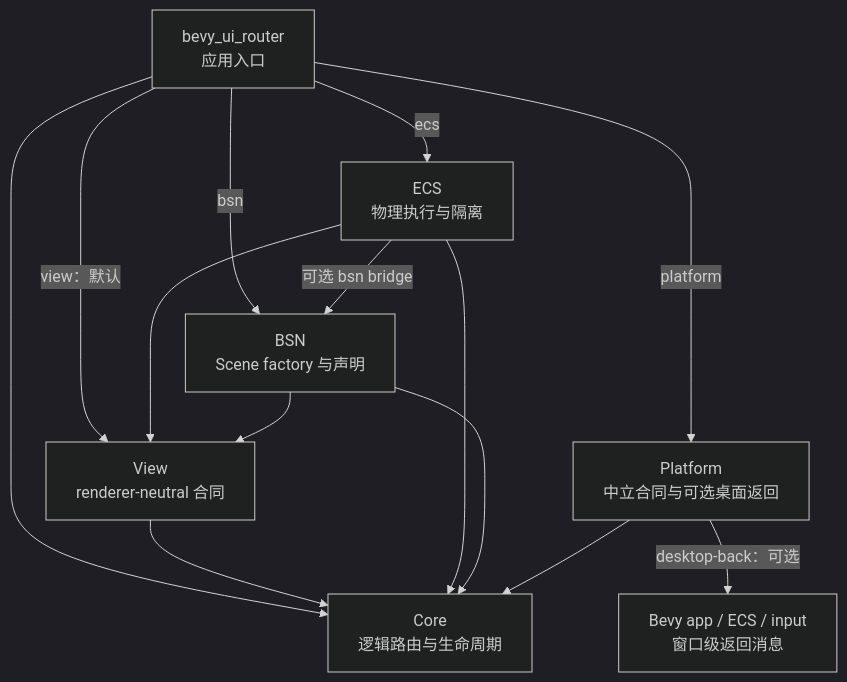
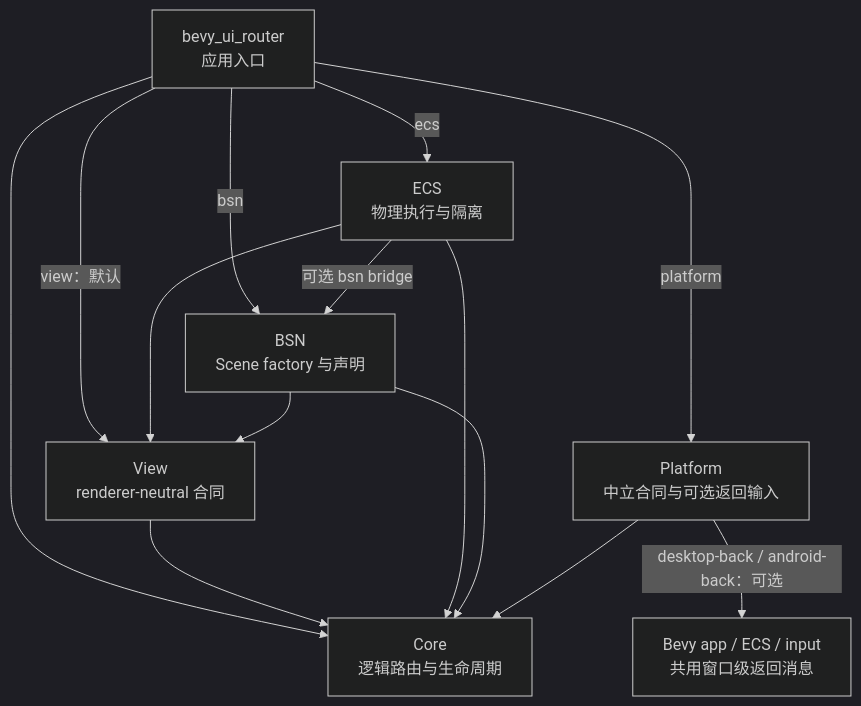
The first of 2 diagrams in docs/architecture/README.md (shengyusi-SYS/bevy_ui_router), drawn with Mermaid (dark theme) before and after one commit. The commit also changed other lines of this file and 19 other files, not shown here.

Commit message:
feat(platform): support legacy Android back input

````diff
--- a/docs/architecture/README.md
+++ b/docs/architecture/README.md
@@ -9,16 +9,16 @@
 ```mermaid
 flowchart TD
     Facade["bevy_ui_router<br/>应用入口"] --> Core["Core<br/>逻辑路由与生命周期"]
     Facade -->|"view：默认"| View["View<br/>renderer-neutral 合同"]
     Facade -->|ecs| ECS["ECS<br/>物理执行与隔离"]
     Facade -->|bsn| BSN["BSN<br/>Scene factory 与声明"]
-    Facade -->|platform| Platform["Platform<br/>中立合同与可选桌面返回"]
+    Facade -->|platform| Platform["Platform<br/>中立合同与可选返回输入"]
     View --> Core
     ECS --> Core
     ECS --> View
     ECS -->|"可选 bsn bridge"| BSN
     BSN --> Core
     BSN --> View
     Platform --> Core
-    Platform -->|"desktop-back：可选"| BevyInput["Bevy app / ECS / input<br/>窗口级返回消息"]
+    Platform -->|"desktop-back / android-back：可选"| BevyInput["Bevy app / ECS / input<br/>共用窗口级返回消息"]
 ```
````
